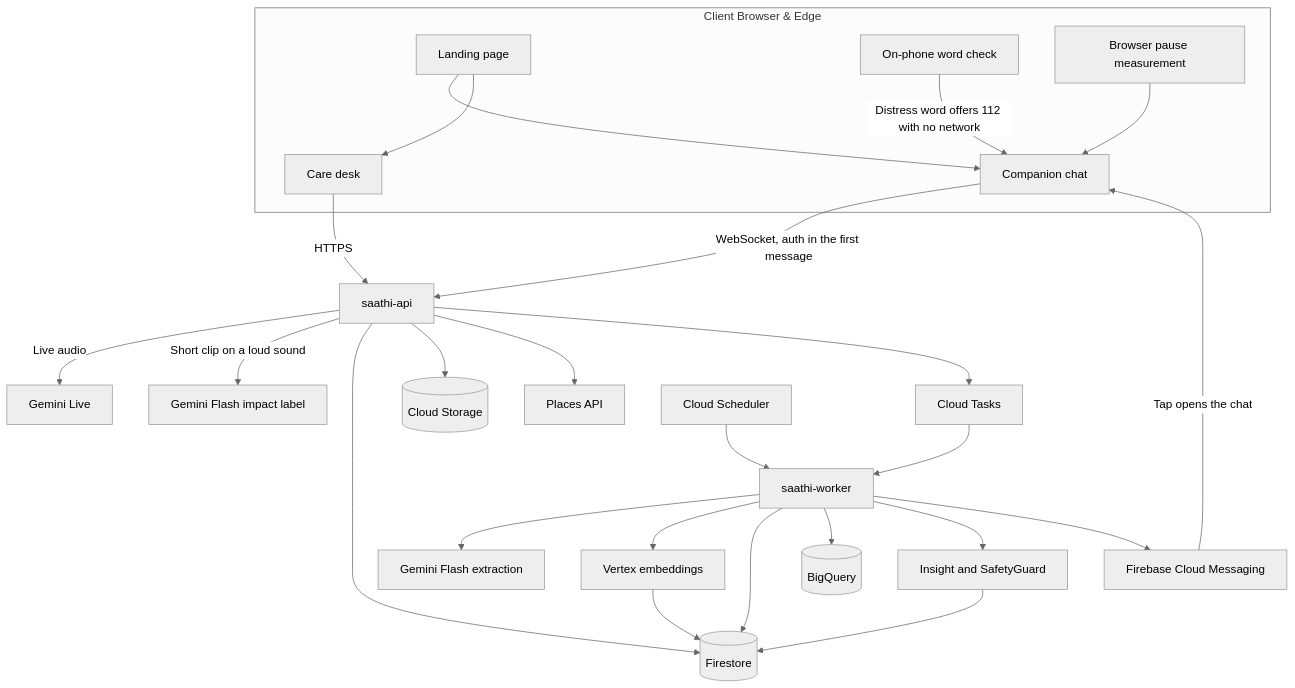
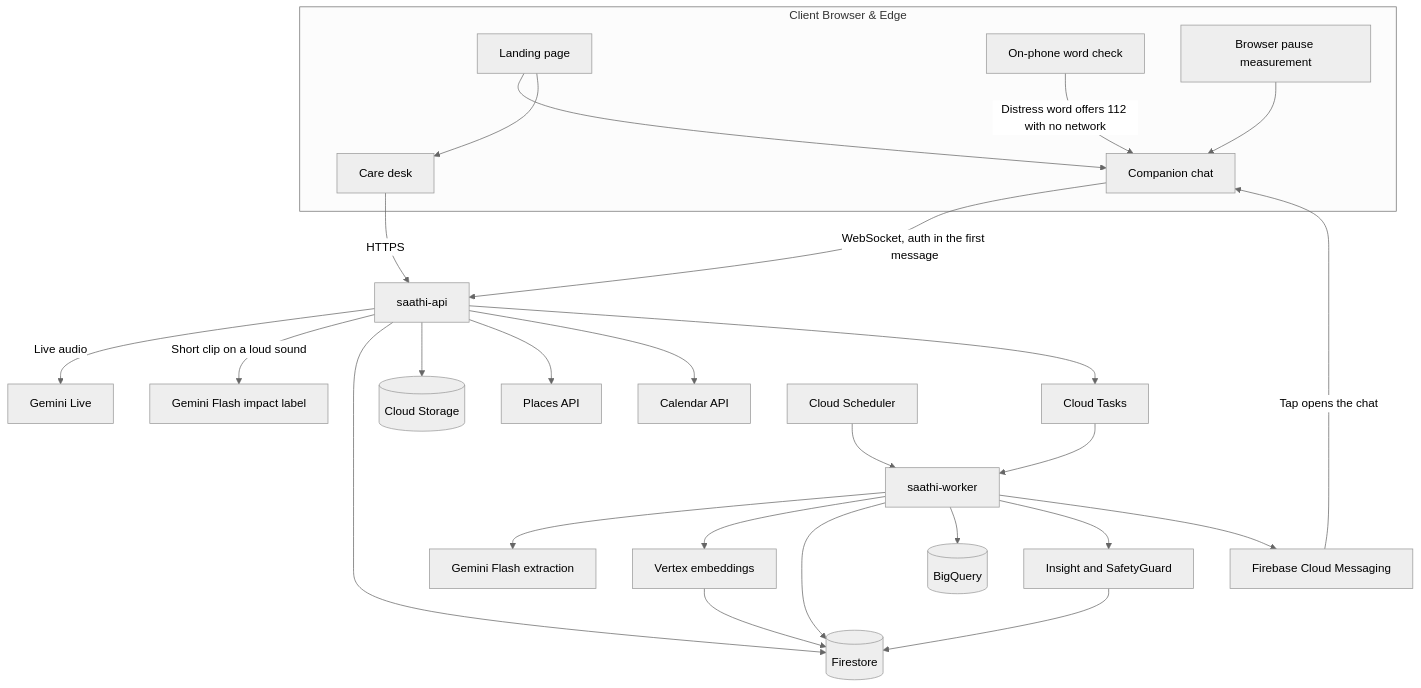
One commit to srushtipatil09/AI_Builder_Cup_2026 changed the first of 4 diagrams in docs/ARCHITECTURE.md. Above: the diagram before and after it, drawn with Mermaid (neutral theme). The commit also changed other lines of this file and 9 other files, not shown here.

````diff
--- a/docs/ARCHITECTURE.md
+++ b/docs/ARCHITECTURE.md
@@ -9,33 +9,34 @@
 ```mermaid
 flowchart TD
   subgraph browser [Client Browser & Edge]
     land[Landing page]
     chat[Companion chat]
     desk[Care desk]
     edgeGemma[On-phone word check]
     meter[Browser pause measurement]
   end
   edgeGemma -->|Distress word offers 112 with no network| chat
   land --> chat
   land --> desk
   meter --> chat
   chat -->|WebSocket, auth in the first message| api[saathi-api]
   desk -->|HTTPS| api
   api -->|Live audio| live[Gemini Live]
   api -->|Short clip on a loud sound| flashNow[Gemini Flash impact label]
   api --> store[(Firestore)]
   api --> media[(Cloud Storage)]
   api --> places[Places API]
+  api --> cal[Calendar API]
   api --> tasks[Cloud Tasks]
   clock[Cloud Scheduler] --> worker[saathi-worker]
   tasks --> worker
   worker --> flash[Gemini Flash extraction]
   worker --> embed[Vertex embeddings]
   embed --> store
   worker --> store
   worker --> bq[(BigQuery)]
   worker --> guard[Insight and SafetyGuard]
   guard --> store
   worker --> push[Firebase Cloud Messaging]
   push -->|Tap opens the chat| chat
 ```
````
